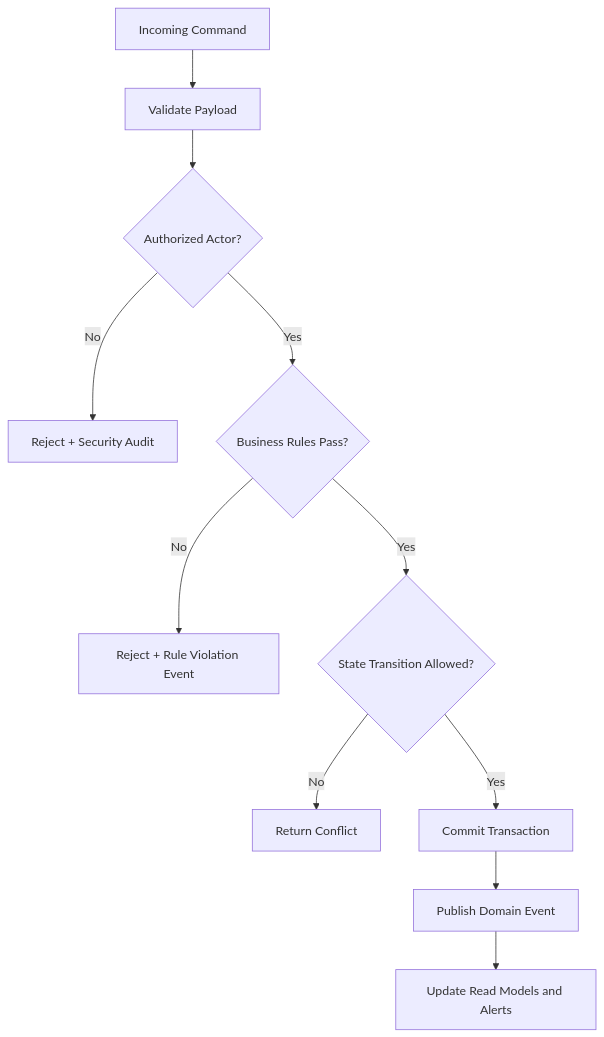
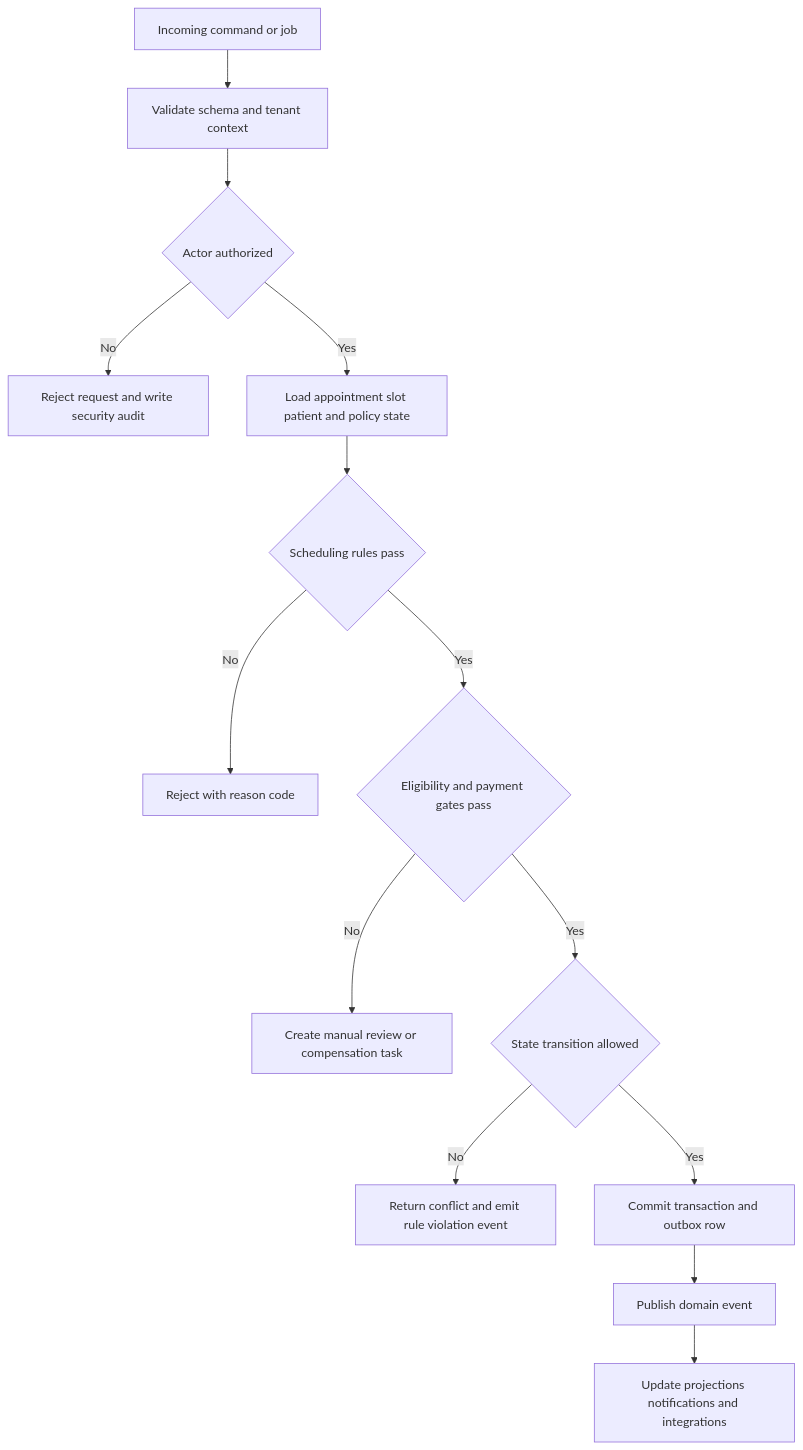
The diagram in Healthcare Appointment System/analysis/business-rules.md (0Ankit0/Project-Ideas), drawn with Mermaid before and after one commit. The commit also changed other lines of this file and 18 other files, not shown here.

````diff
--- a/Healthcare Appointment System/analysis/business-rules.md
+++ b/Healthcare Appointment System/analysis/business-rules.md
@@ -18,13 +28,16 @@
 ```mermaid
 flowchart TD
-    A[Incoming Command] --> B[Validate Payload]
-    B --> C{Authorized Actor?}
-    C -- No --> C1[Reject + Security Audit]
-    C -- Yes --> D{Business Rules Pass?}
-    D -- No --> D1[Reject + Rule Violation Event]
-    D -- Yes --> E{State Transition Allowed?}
-    E -- No --> E1[Return Conflict]
-    E -- Yes --> F[Commit Transaction]
-    F --> G[Publish Domain Event]
-    G --> H[Update Read Models and Alerts]
+  A[Incoming command or job] --> B[Validate schema and tenant context]
+  B --> C{Actor authorized}
+  C -->|No| C1[Reject request and write security audit]
+  C -->|Yes| D[Load appointment slot patient and policy state]
+  D --> E{Scheduling rules pass}
+  E -->|No| E1[Reject with reason code]
+  E -->|Yes| F{Eligibility and payment gates pass}
+  F -->|No| F1[Create manual review or compensation task]
+  F -->|Yes| G{State transition allowed}
+  G -->|No| G1[Return conflict and emit rule violation event]
+  G -->|Yes| H[Commit transaction and outbox row]
+  H --> I[Publish domain event]
+  I --> J[Update projections notifications and integrations]
 ```
````
